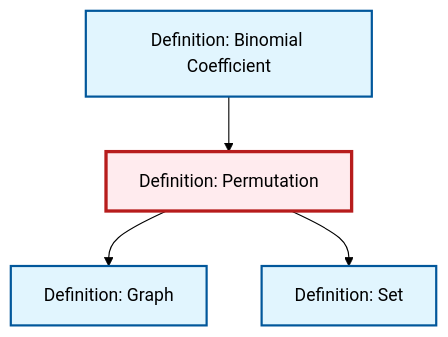
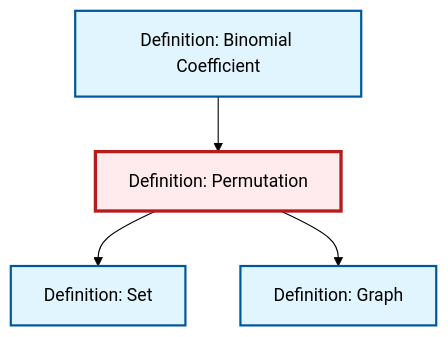
One commit to RK0429/ModernMath changed the diagram in content/en/combinatorics/def-permutation.qmd. Above: the diagram before and after it, drawn with Mermaid (forest theme). The commit also changed other lines of this file and 531 other files, not shown here.

````diff
--- a/content/en/combinatorics/def-permutation.qmd
+++ b/content/en/combinatorics/def-permutation.qmd
@@ -52,20 +52,20 @@
 ```{mermaid}
 %%| fig-cap: "Local dependency graph"
 graph TD
     classDef definition fill:#e1f5fe,stroke:#01579b,stroke-width:2px
     classDef theorem fill:#f3e5f5,stroke:#4a148c,stroke-width:2px
     classDef axiom fill:#fff3e0,stroke:#e65100,stroke-width:2px
     classDef example fill:#e8f5e9,stroke:#1b5e20,stroke-width:2px
     classDef current fill:#ffebee,stroke:#b71c1c,stroke-width:3px
+    def-binomial-coefficient["Definition: Binomial Coefficient"]:::definition
+    def-graph["Definition: Graph"]:::definition
     def-set["Definition: Set"]:::definition
-    def-graph["Definition: Graph"]:::definition
     def-permutation["Definition: Permutation"]:::definition
-    def-binomial-coefficient["Definition: Binomial Coefficient"]:::definition
+    def-permutation --> def-set
+    def-binomial-coefficient --> def-permutation
     def-permutation --> def-graph
-    def-binomial-coefficient --> def-permutation
-    def-permutation --> def-set
     class def-permutation current
+    click def-binomial-coefficient "def-binomial-coefficient.html" "Go to Binomial Coefficient definition"
+    click def-graph "def-graph.html" "Go to Graph definition"
     click def-set "def-set.html" "Go to Set definition"
-    click def-graph "def-graph.html" "Go to Graph definition"
-    click def-binomial-coefficient "def-binomial-coefficient.html" "Go to Binomial Coefficient definition"
 ```
````
